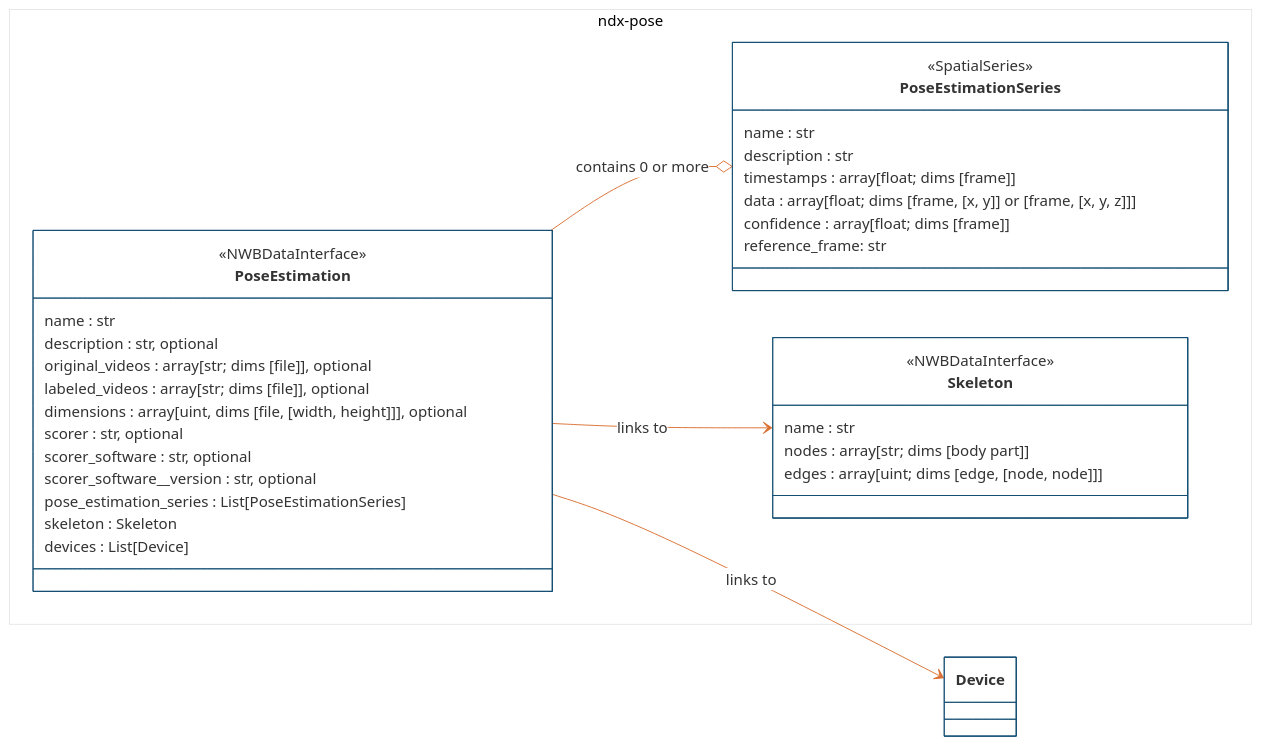
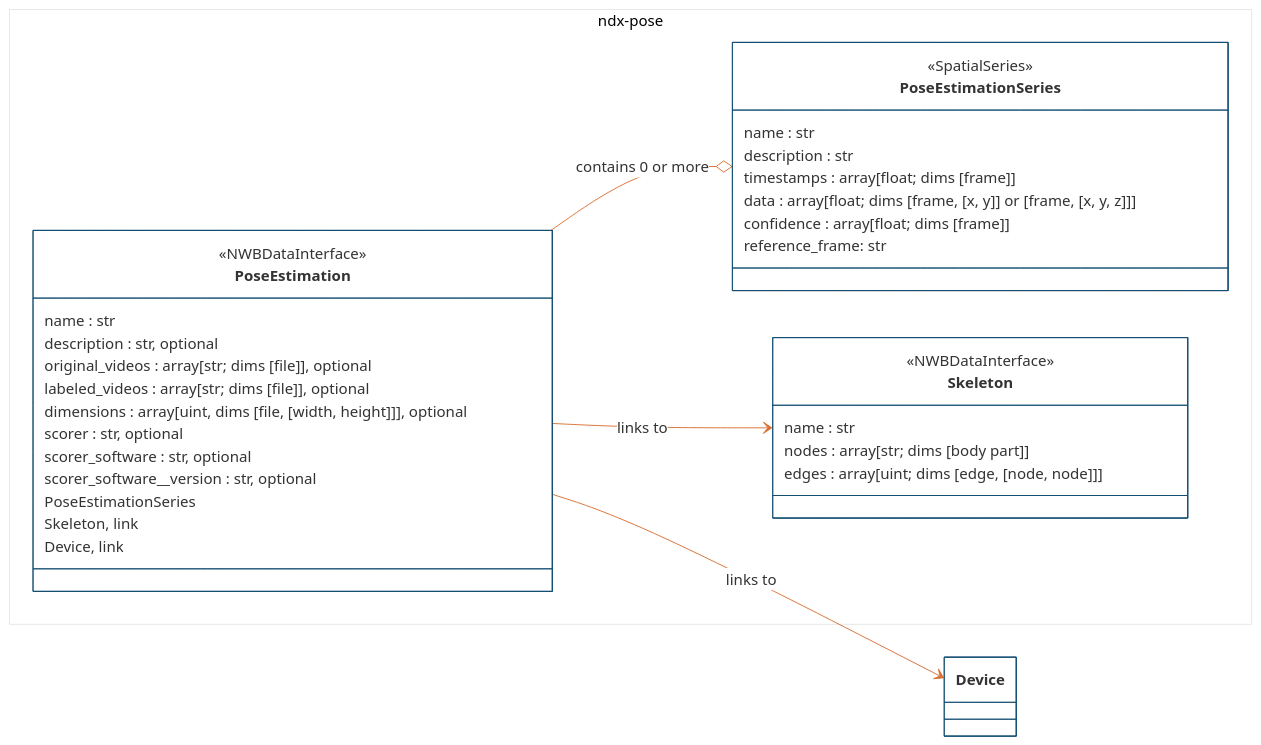
The first of 2 diagrams in README.md (rly/ndx-pose), drawn with Mermaid before and after one commit. The commit also changed other lines of this file, not shown here.

````diff
--- a/README.md
+++ b/README.md
@@ -491,46 +491,46 @@
 ```mermaid
 %%{init: {'theme': 'base', 'themeVariables': {'primaryColor': '#ffffff', "primaryBorderColor': '#144E73', 'lineColor': '#D96F32'}}}%%
 
 classDiagram
     direction LR
     namespace ndx-pose {
         class PoseEstimationSeries{
             <<SpatialSeries>>
             name : str
             description : str
             timestamps : array[float; dims [frame]]
             data : array[float; dims [frame, [x, y]] or [frame, [x, y, z]]]
             confidence : array[float; dims [frame]]
             reference_frame: str
         }
 
         class PoseEstimation {
             <<NWBDataInterface>>
             name : str
             description : str, optional
             original_videos : array[str; dims [file]], optional
             labeled_videos : array[str; dims [file]], optional
             dimensions : array[uint, dims [file, [width, height]]], optional
             scorer : str, optional
             scorer_software : str, optional
             scorer_software__version : str, optional
-            pose_estimation_series : List[PoseEstimationSeries]
-            skeleton : Skeleton
-            devices : List[Device]
+            PoseEstimationSeries
+            Skeleton, link
+            Device, link
         }
 
         class Skeleton {
             <<NWBDataInterface>>
             name : str
             nodes : array[str; dims [body part]]
             edges : array[uint; dims [edge, [node, node]]]
         }
         
     }
 
     class Device
 
     PoseEstimation --o PoseEstimationSeries : contains 0 or more
     PoseEstimation --> Skeleton : links to
     PoseEstimation --> Device : links to
 ```
````
